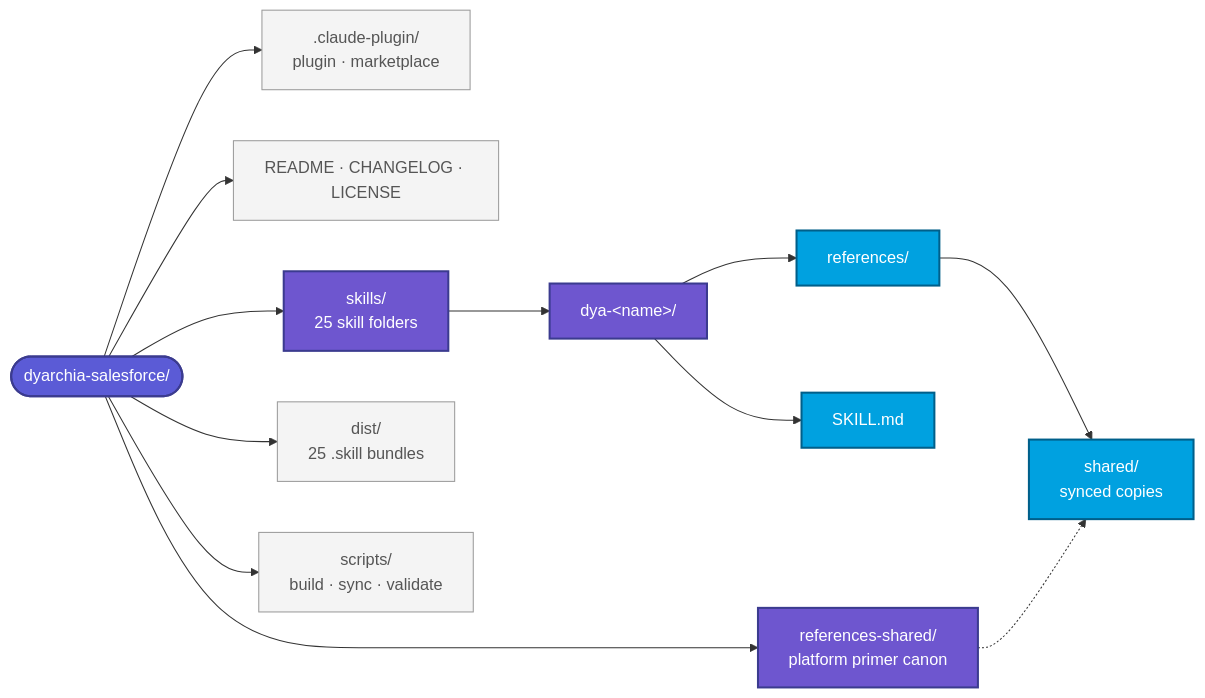
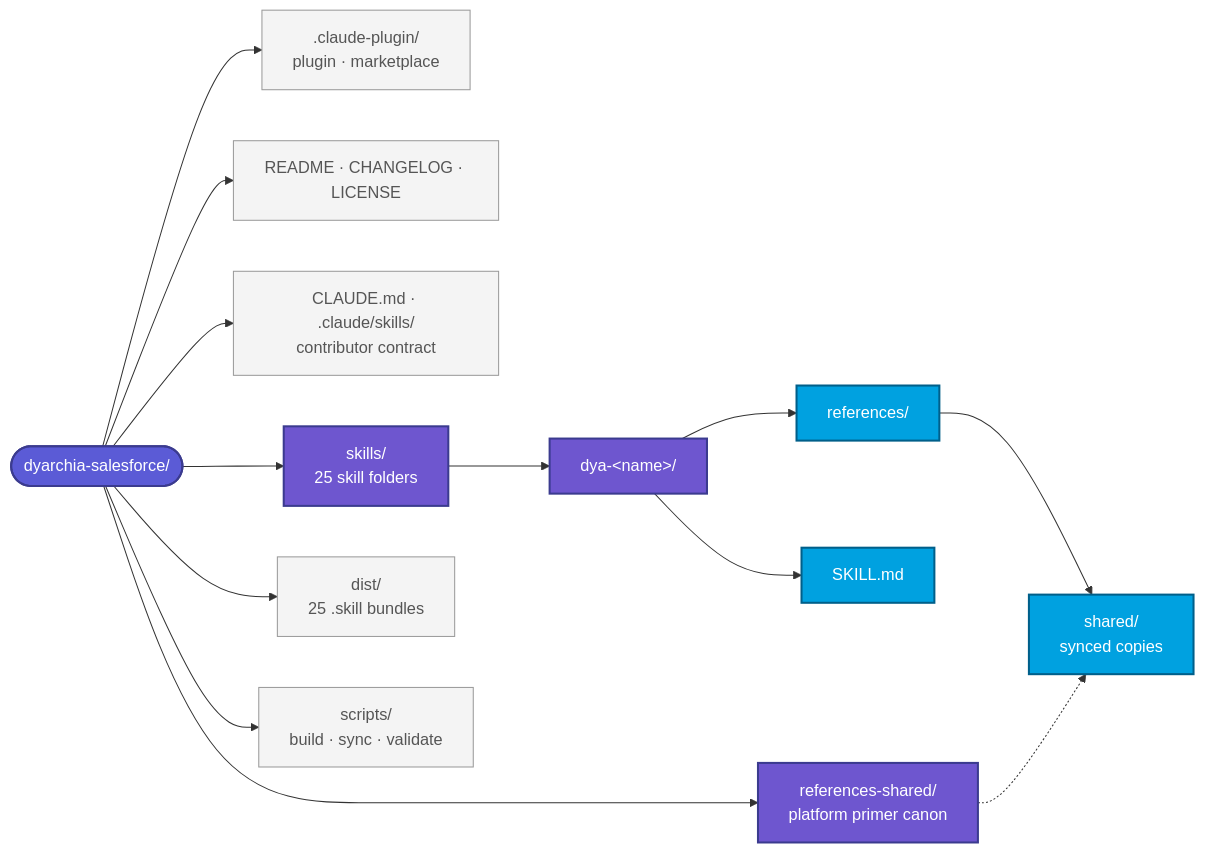
One commit to Dyarchia/dyarchia-salesforce changed the first of 3 diagrams in README.md. Above: the diagram before and after it, drawn with Mermaid. The commit also changed other lines of this file and 4 other files, not shown here.

First line of the commit message:
chore(repo): version the contributor contract again

````diff
--- a/README.md
+++ b/README.md
@@ -94,26 +94,27 @@
 ```mermaid
 graph LR
     Root([dyarchia-salesforce/])
     Root --> Plugin[".claude-plugin/<br/>plugin · marketplace"]
     Root --> Meta["README · CHANGELOG · LICENSE"]
+    Root --> Contract["CLAUDE.md · .claude/skills/<br/>contributor contract"]
     Root --> SK["skills/<br/>25 skill folders"]
     Root --> Shared["references-shared/<br/>platform primer canon"]
     Root --> Dist["dist/<br/>25 .skill bundles"]
     Root --> Scripts["scripts/<br/>build · sync · validate"]
 
     SK --> Skill["dya-&lt;name&gt;/"]
     Skill --> SM["SKILL.md"]
     Skill --> Refs["references/"]
     Refs --> SharedRefs["shared/<br/>synced copies"]
     Shared -.-> SharedRefs
 
     classDef root fill:#5B5BD6,stroke:#3B3B8F,color:#fff,stroke-width:2px
     classDef domainFolder fill:#6E56CF,stroke:#3B3B8F,color:#fff,stroke-width:2px
     classDef skillFolder fill:#00A1E0,stroke:#005F8A,color:#fff,stroke-width:2px
     classDef meta fill:#F4F4F4,stroke:#999,color:#555
 
     class Root root
     class SK,Skill,Shared domainFolder
     class SM,Refs,SharedRefs skillFolder
-    class Plugin,Meta,Dist,Scripts meta
+    class Plugin,Meta,Contract,Dist,Scripts meta
 ```
````
